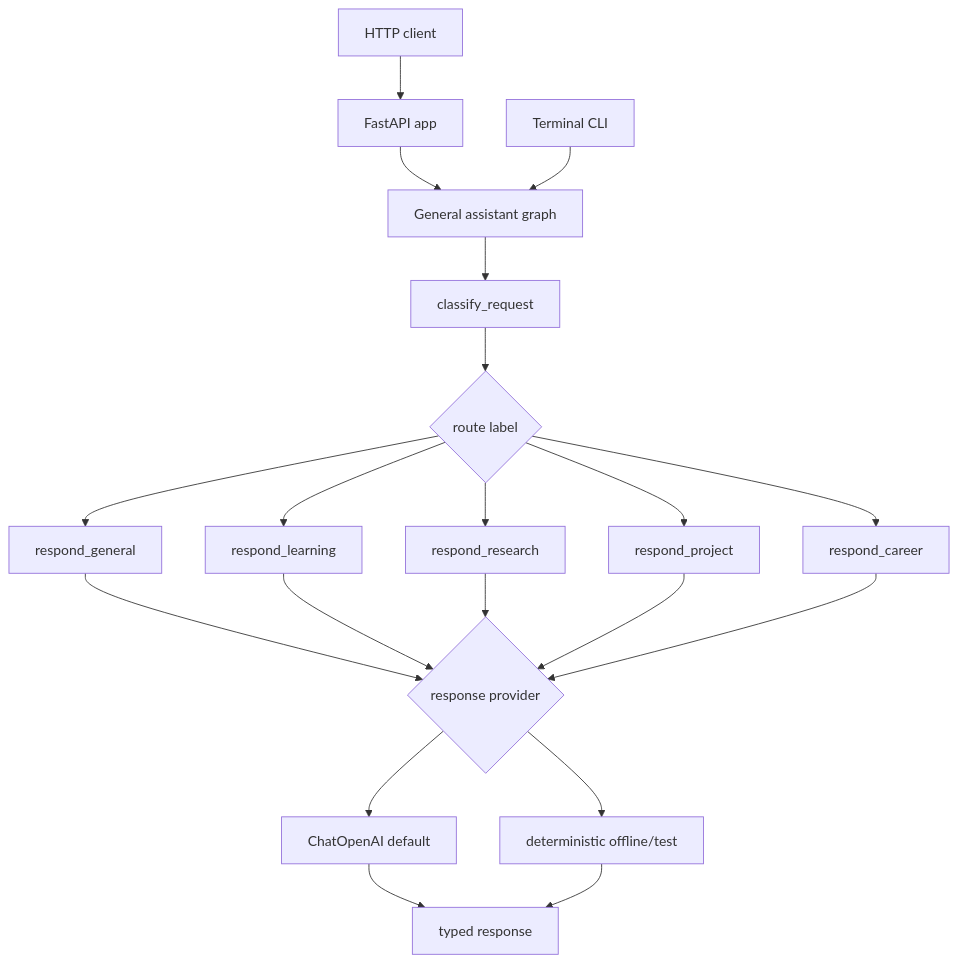
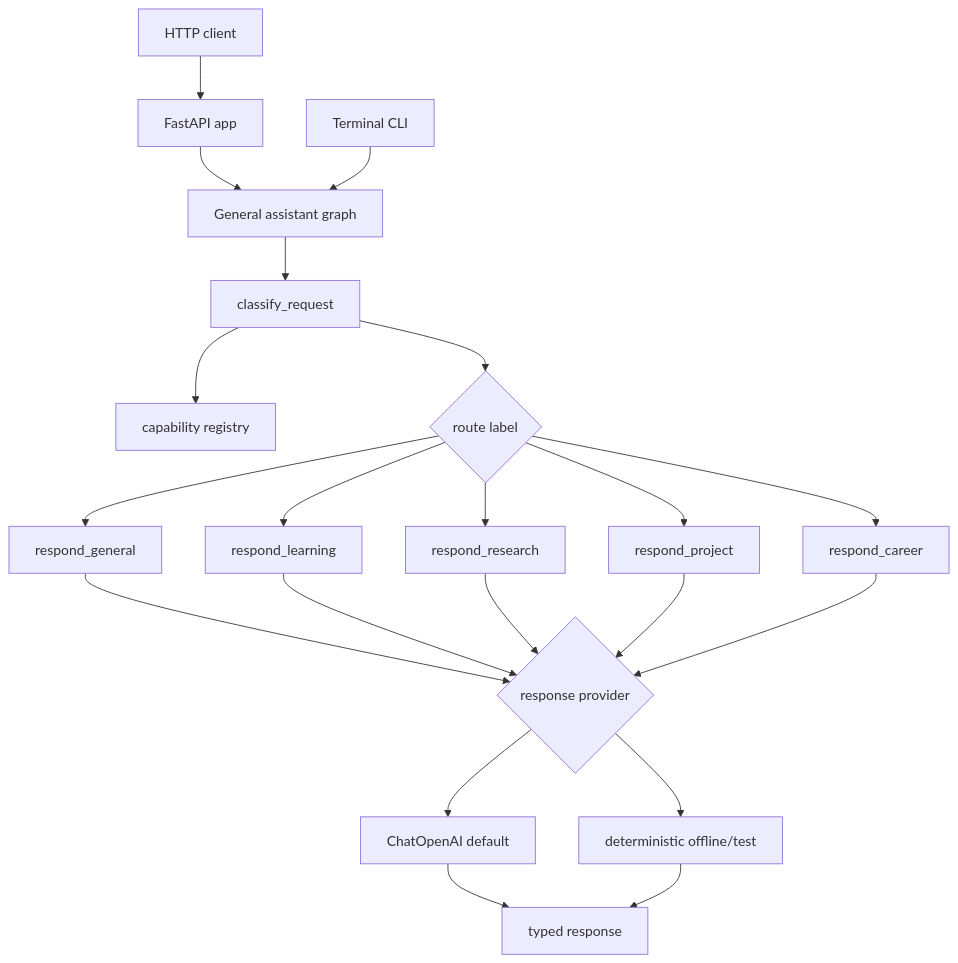
Before and after one commit to heecheon92/my-agents: the first of 3 diagrams in README.en.md, drawn with Mermaid. The commit also changed other lines of this file and 36 other files, not shown here.

````diff
--- a/README.en.md
+++ b/README.en.md
@@ -32,38 +32,40 @@
 ```mermaid
 flowchart TD
     Client["HTTP client"]
     CLI["Terminal CLI"]
     API["FastAPI app"]
     Graph["General assistant graph"]
     Classifier["classify_request"]
+    Capability["capability registry"]
     Router{"route label"}
     General["respond_general"]
     Learning["respond_learning"]
     Research["respond_research"]
     Project["respond_project"]
     Career["respond_career"]
     Provider{"response provider"}
     OpenAI["ChatOpenAI default"]
     Deterministic["deterministic offline/test"]
     Response["typed response"]
 
     Client --> API
     API --> Graph
     CLI --> Graph
     Graph --> Classifier
+    Classifier --> Capability
     Classifier --> Router
     Router --> General
     Router --> Learning
     Router --> Research
     Router --> Project
     Router --> Career
     General --> Provider
     Learning --> Provider
     Research --> Provider
     Project --> Provider
     Career --> Provider
     Provider --> OpenAI
     Provider --> Deterministic
     OpenAI --> Response
     Deterministic --> Response
 ```
````
